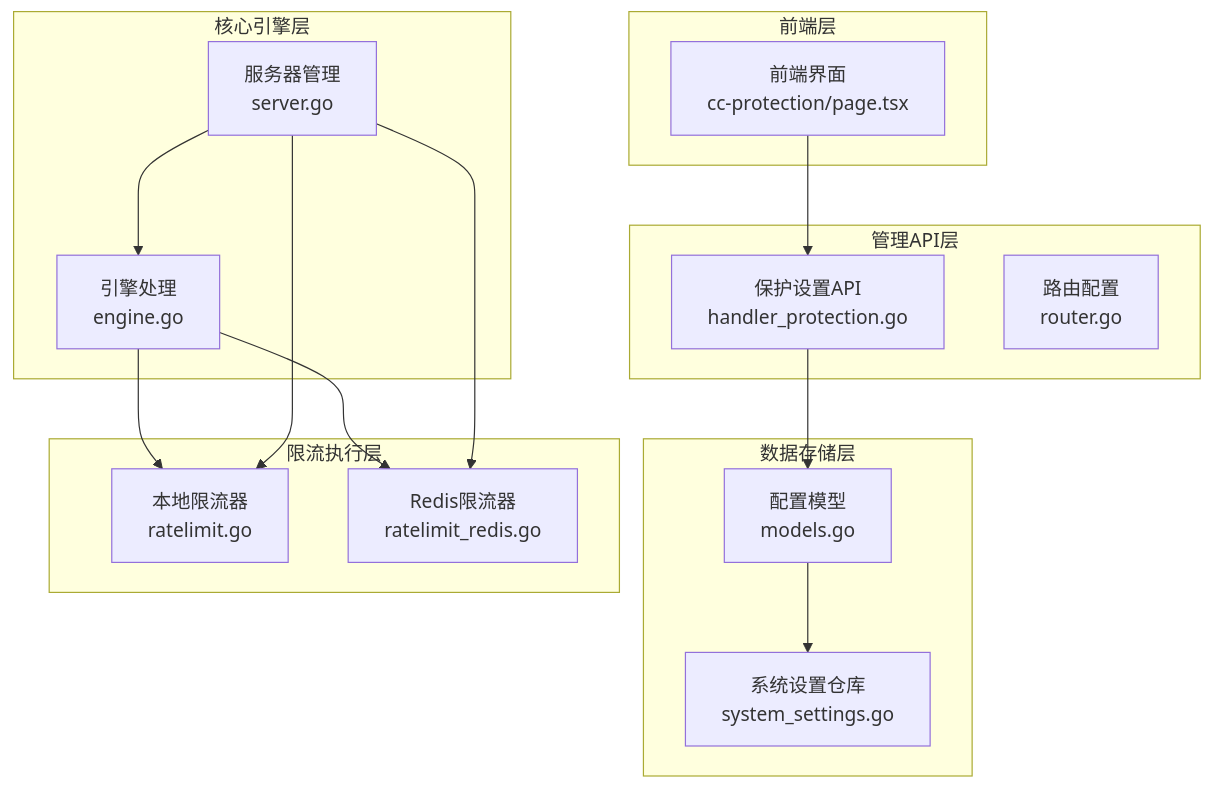
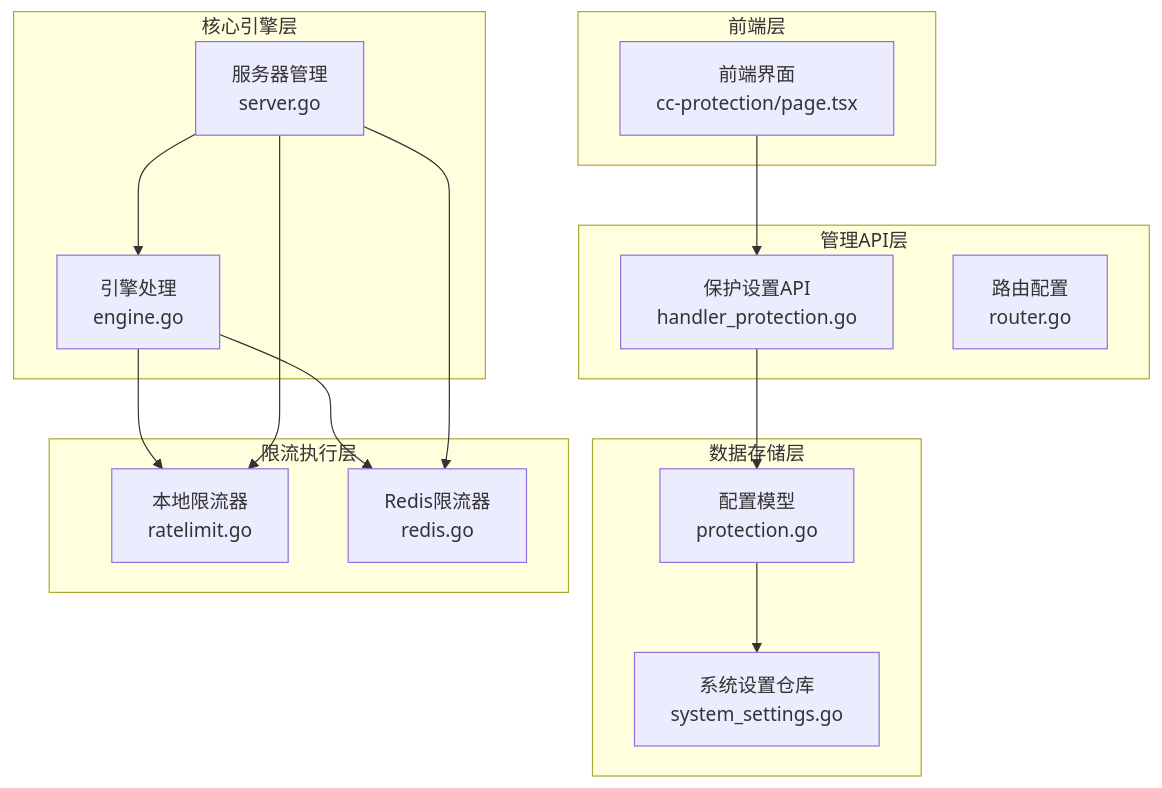
One commit to x01n/My-OpenWaf changed the first of 10 diagrams in docs/安全防护功能/速率限制机制/限流配置管理.md. Above: the diagram before and after it, drawn with Mermaid. The commit also changed other lines of this file and 199 other files, not shown here.

````diff
--- a/docs/安全防护功能/速率限制机制/限流配置管理.md
+++ b/docs/安全防护功能/速率限制机制/限流配置管理.md
@@ -44,30 +38,30 @@
 ```mermaid
 graph TB
 subgraph "前端层"
 FE[前端界面<br/>cc-protection/page.tsx]
 end
 subgraph "管理API层"
 API[保护设置API<br/>handler_protection.go]
 ROUTER[路由配置<br/>router.go]
 end
 subgraph "核心引擎层"
 ENGINE[引擎处理<br/>engine.go]
 SERVER[服务器管理<br/>server.go]
 end
 subgraph "数据存储层"
-MODELS[配置模型<br/>models.go]
+MODELS[配置模型<br/>protection.go]
 REPO[系统设置仓库<br/>system_settings.go]
 end
 subgraph "限流执行层"
 RL_LOCAL[本地限流器<br/>ratelimit.go]
-RL_REDIS[Redis限流器<br/>ratelimit_redis.go]
+RL_REDIS[Redis限流器<br/>redis.go]
 end
 FE --> API
 API --> MODELS
 MODELS --> REPO
 ENGINE --> RL_LOCAL
 ENGINE --> RL_REDIS
 SERVER --> ENGINE
 SERVER --> RL_LOCAL
 SERVER --> RL_REDIS
 ```
````
